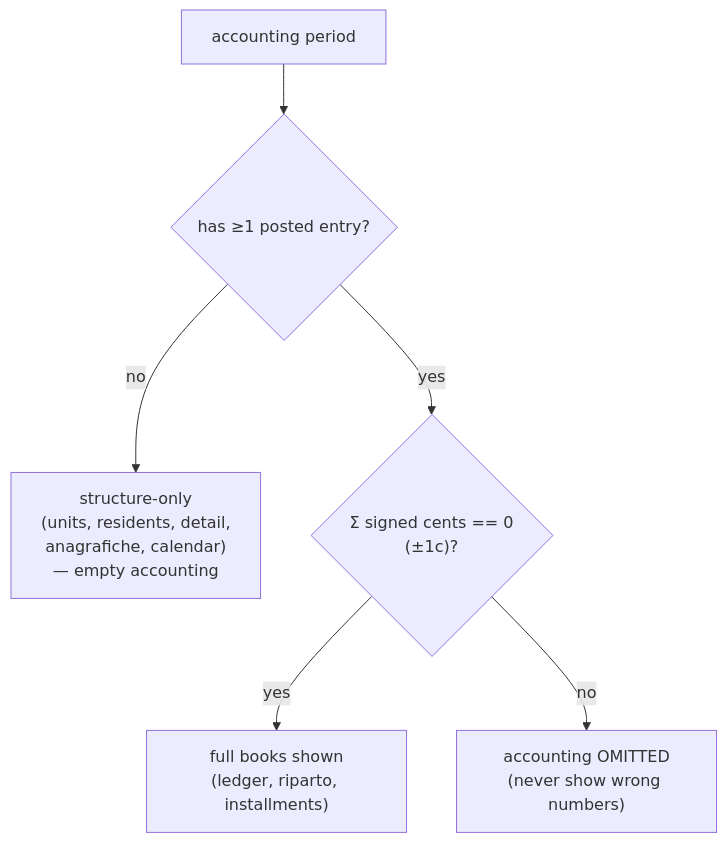
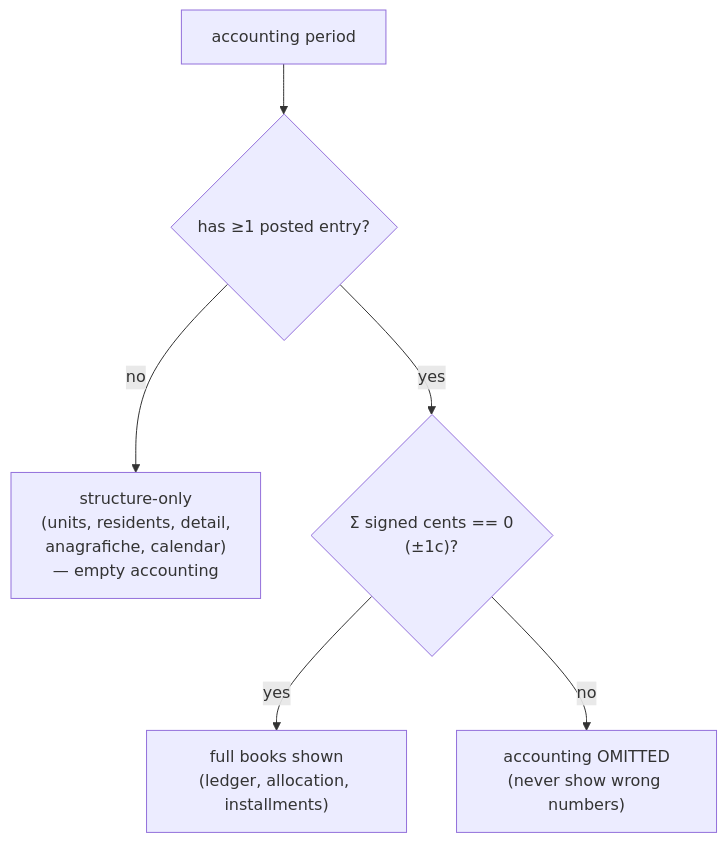
The fourth of 7 diagrams in docs/domain/accounting-and-distribution.md (bettersoftware-io/condo-ledger), drawn with Mermaid before and after one commit. The commit also changed other lines of this file and 3 other files, not shown here.

````diff
--- a/docs/domain/accounting-and-distribution.md
+++ b/docs/domain/accounting-and-distribution.md
@@ -152,8 +153,8 @@
 ```mermaid
 flowchart TD
   P["accounting period"] --> Q1{"has ≥1 posted entry?"}
   Q1 -- no --> S["structure-only<br/>(units, residents, detail,<br/>anagrafiche, calendar)<br/>— empty accounting"]
   Q1 -- yes --> Q2{"Σ signed cents == 0<br/>(±1c)?"}
-  Q2 -- yes --> B["full books shown<br/>(ledger, riparto, installments)"]
+  Q2 -- yes --> B["full books shown<br/>(ledger, allocation, installments)"]
   Q2 -- no --> X["accounting OMITTED<br/>(never show wrong numbers)"]
 ```
````
